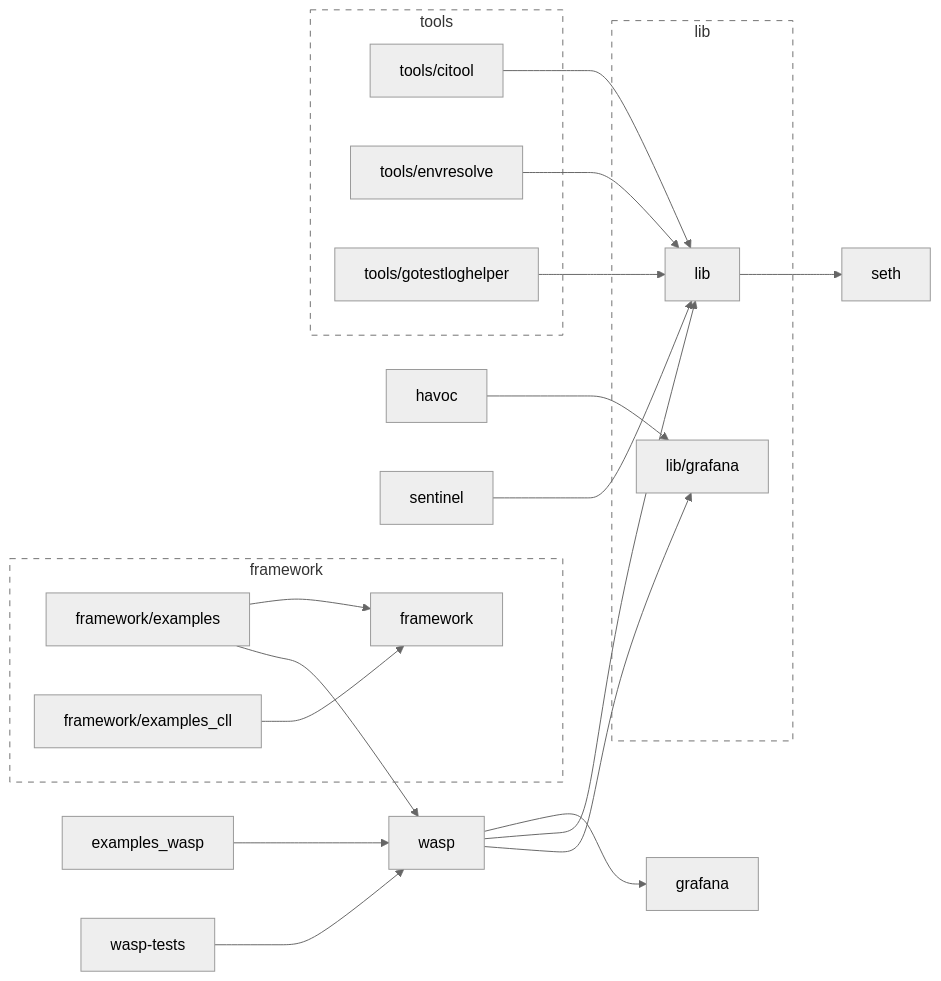
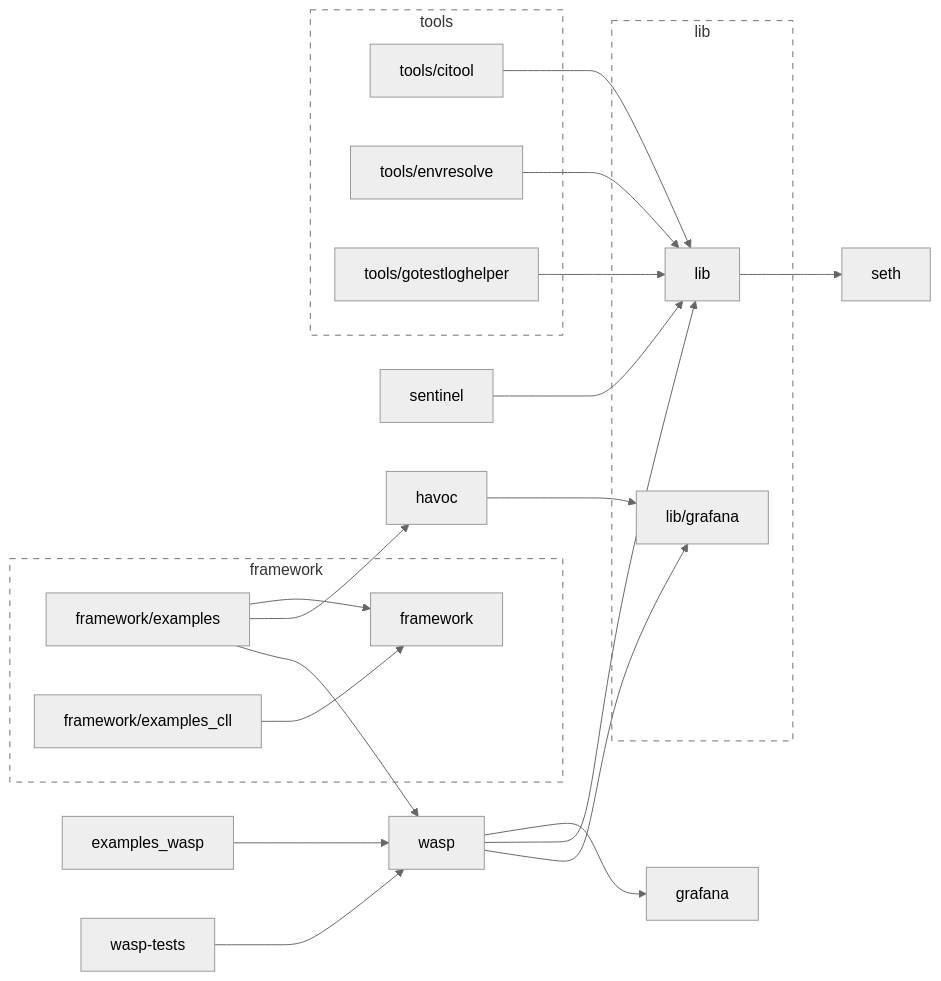
One commit to smartcontractkit/chainlink-testing-framework changed the diagram in go.md. Above: the diagram before and after it, drawn with Mermaid (neutral theme). The commit also changed 15 other files, not shown here.

````diff
--- a/go.md
+++ b/go.md
@@ -2,60 +2,61 @@
 ```mermaid
 flowchart LR
 
 	examples_wasp --> wasp
 	click examples_wasp href "https://github.com/smartcontractkit/chainlink-testing-framework/examples_wasp"
 	framework
 	click framework href "https://github.com/smartcontractkit/chainlink-testing-framework/framework"
 	framework/examples --> framework
+	framework/examples --> havoc
 	framework/examples --> wasp
 	click framework/examples href "https://github.com/smartcontractkit/chainlink-testing-framework/framework"
 	framework/examples_cll --> framework
 	click framework/examples_cll href "https://github.com/smartcontractkit/chainlink-testing-framework/framework"
 	grafana
 	click grafana href "https://github.com/smartcontractkit/chainlink-testing-framework/grafana"
 	havoc --> lib/grafana
 	click havoc href "https://github.com/smartcontractkit/chainlink-testing-framework/havoc"
 	lib --> seth
 	click lib href "https://github.com/smartcontractkit/chainlink-testing-framework/lib"
 	lib/grafana
 	click lib/grafana href "https://github.com/smartcontractkit/chainlink-testing-framework/lib"
 	sentinel --> lib
 	click sentinel href "https://github.com/smartcontractkit/chainlink-testing-framework/sentinel"
 	seth
 	click seth href "https://github.com/smartcontractkit/chainlink-testing-framework/seth"
 	tools/citool --> lib
 	click tools/citool href "https://github.com/smartcontractkit/chainlink-testing-framework/tools"
 	tools/envresolve --> lib
 	click tools/envresolve href "https://github.com/smartcontractkit/chainlink-testing-framework/tools"
 	tools/gotestloghelper --> lib
 	click tools/gotestloghelper href "https://github.com/smartcontractkit/chainlink-testing-framework/tools"
 	wasp --> grafana
 	wasp --> lib
 	wasp --> lib/grafana
 	click wasp href "https://github.com/smartcontractkit/chainlink-testing-framework/wasp"
 	wasp-tests --> wasp
 	click wasp-tests href "https://github.com/smartcontractkit/chainlink-testing-framework/wasp-tests"
 
 	subgraph framework-repo[framework]
 		 framework
 		 framework/examples
 		 framework/examples_cll
 	end
 	click framework-repo href "https://github.com/smartcontractkit/chainlink-testing-framework/framework"
 
 	subgraph lib-repo[lib]
 		 lib
 		 lib/grafana
 	end
 	click lib-repo href "https://github.com/smartcontractkit/chainlink-testing-framework/lib"
 
 	subgraph tools-repo[tools]
 		 tools/citool
 		 tools/envresolve
 		 tools/gotestloghelper
 	end
 	click tools-repo href "https://github.com/smartcontractkit/chainlink-testing-framework/tools"
 
 	classDef outline stroke-dasharray:6,fill:none;
 	class framework-repo,lib-repo,tools-repo outline
 ```
````
